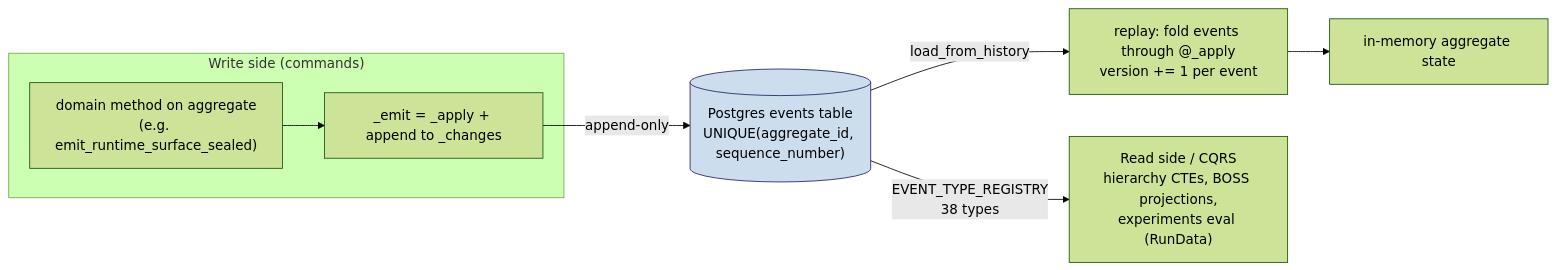
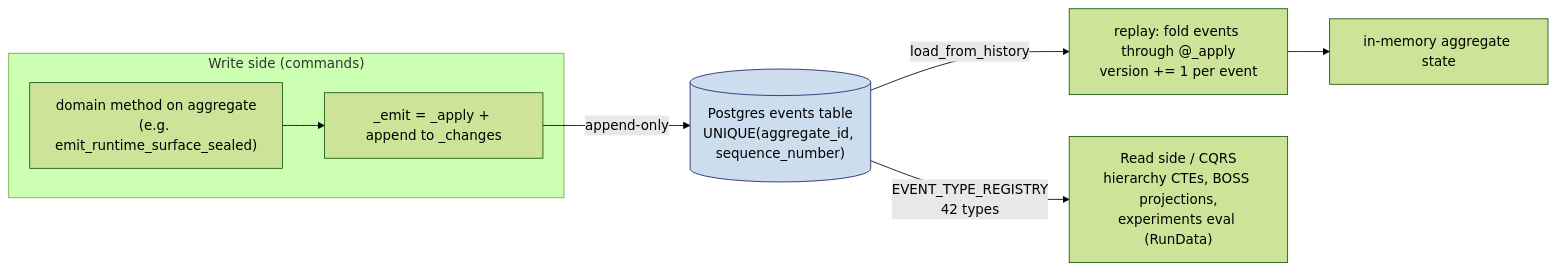
The first of 4 diagrams in SYSTEM_REFERENCE.md (arise-ai-security/arise-sec-lion), drawn with Mermaid (forest theme) before and after one commit. The commit also changed other lines of this file and 9 other files, not shown here.

````diff
--- a/SYSTEM_REFERENCE.md
+++ b/SYSTEM_REFERENCE.md
@@ -175,14 +175,14 @@
 ```mermaid
 flowchart LR
     subgraph Write["Write side (commands)"]
         DM["domain method on aggregate<br/>(e.g. emit_runtime_surface_sealed)"]
         EM["_emit = _apply + append to _changes"]
         DM --> EM
     end
     EM -->|append-only| ES[("Postgres events table<br/>UNIQUE(aggregate_id, sequence_number)")]
     ES -->|load_from_history| RP["replay: fold events through @_apply<br/>version += 1 per event"]
     RP --> AGG["in-memory aggregate state"]
-    ES -->|EVENT_TYPE_REGISTRY<br/>38 types| RD["Read side / CQRS<br/>hierarchy CTEs, BOSS projections,<br/>experiments eval (RunData)"]
+    ES -->|EVENT_TYPE_REGISTRY<br/>42 types| RD["Read side / CQRS<br/>hierarchy CTEs, BOSS projections,<br/>experiments eval (RunData)"]
     classDef store fill:#cde,stroke:#226;
     class ES store
 ```
````
